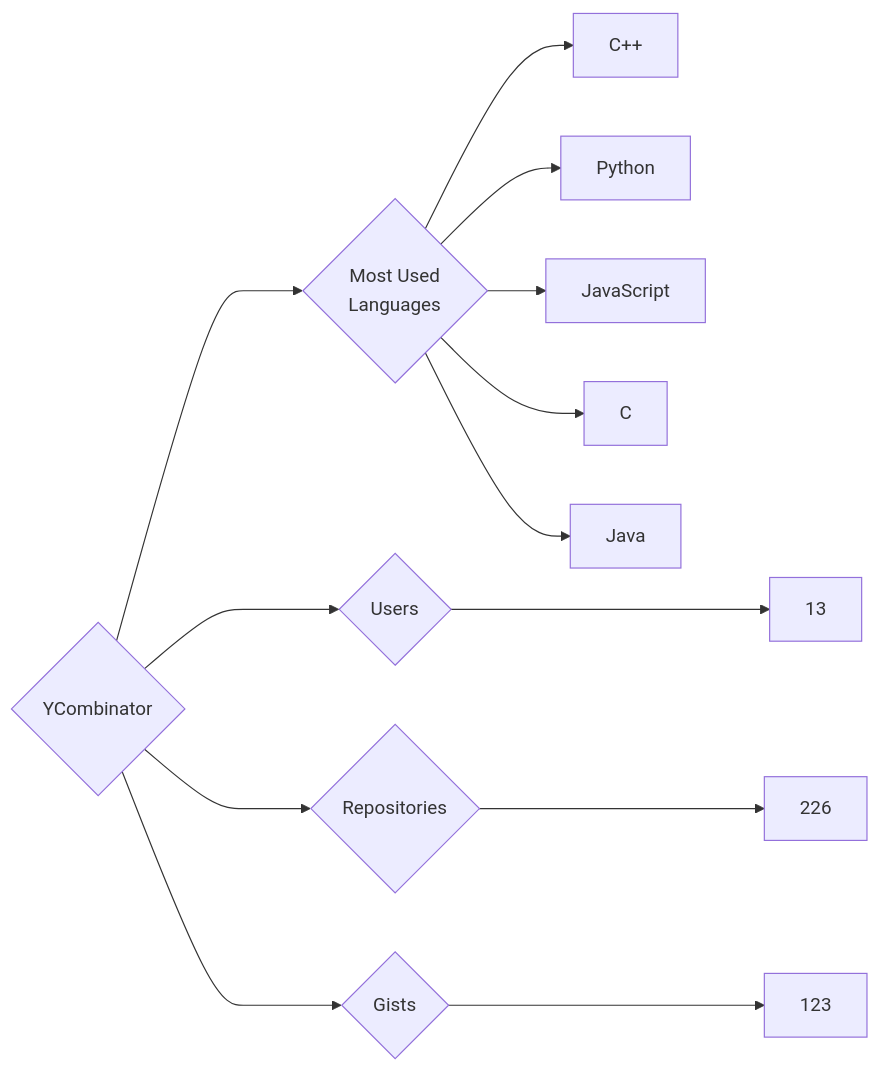
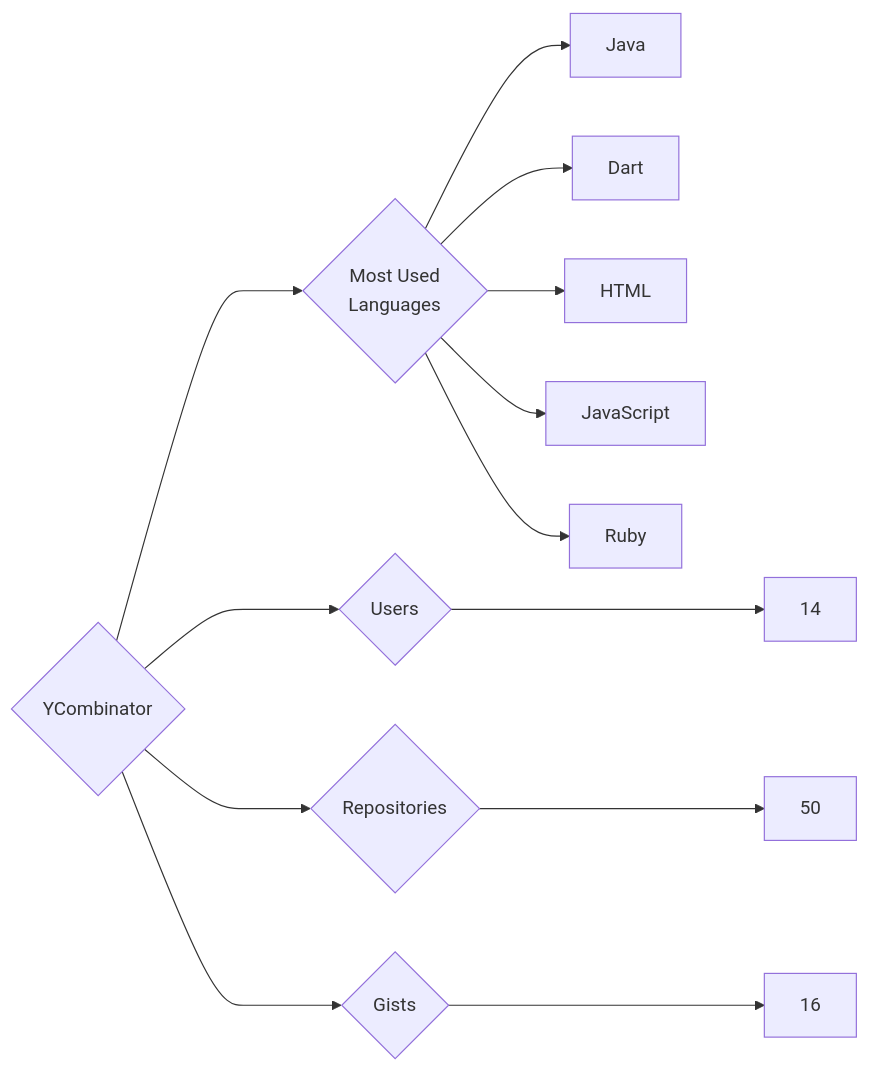
Before and after one commit to trickest/insiders: the diagram in targets/YCombinator/README.md, drawn with Mermaid. The commit also changed 1484 other files, not shown here.

````diff
--- a/targets/YCombinator/README.md
+++ b/targets/YCombinator/README.md
@@ -3,13 +3,13 @@
 ```mermaid
 graph LR
 COMPANY_NAME{YCombinator}
-COMPANY_NAME ---> U{Users} ---> UN[13]
-COMPANY_NAME ---> R{Repositories} ---> RN[226]
-COMPANY_NAME ---> G{Gists} ---> GN[123]
+COMPANY_NAME ---> U{Users} ---> UN[14]
+COMPANY_NAME ---> R{Repositories} ---> RN[50]
+COMPANY_NAME ---> G{Gists} ---> GN[16]
 COMPANY_NAME ---> ML{Most Used<br>Languages}
-ML --> C++[C++]
-ML --> Python[Python]
+ML --> Java[Java]
+ML --> Dart[Dart]
+ML --> HTML[HTML]
 ML --> JavaScript[JavaScript]
-ML --> C[C]
-ML --> Java[Java]
+ML --> Ruby[Ruby]
 ```
````
